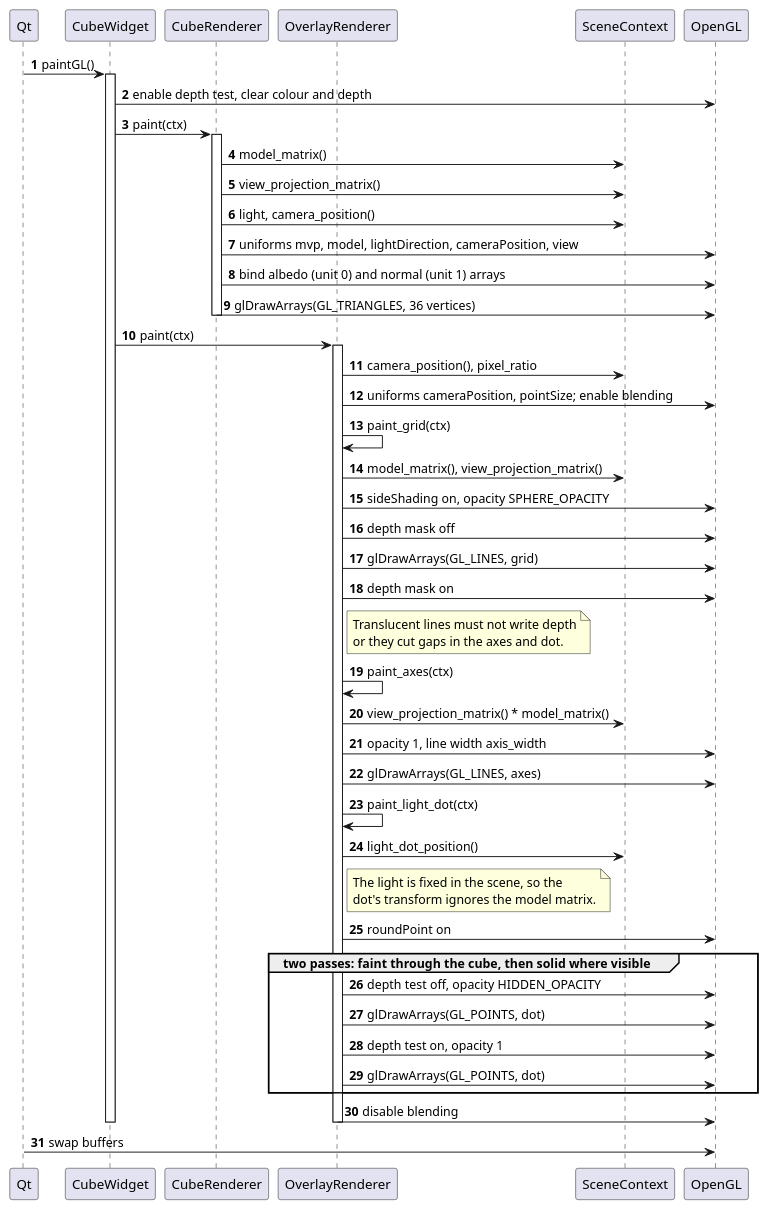
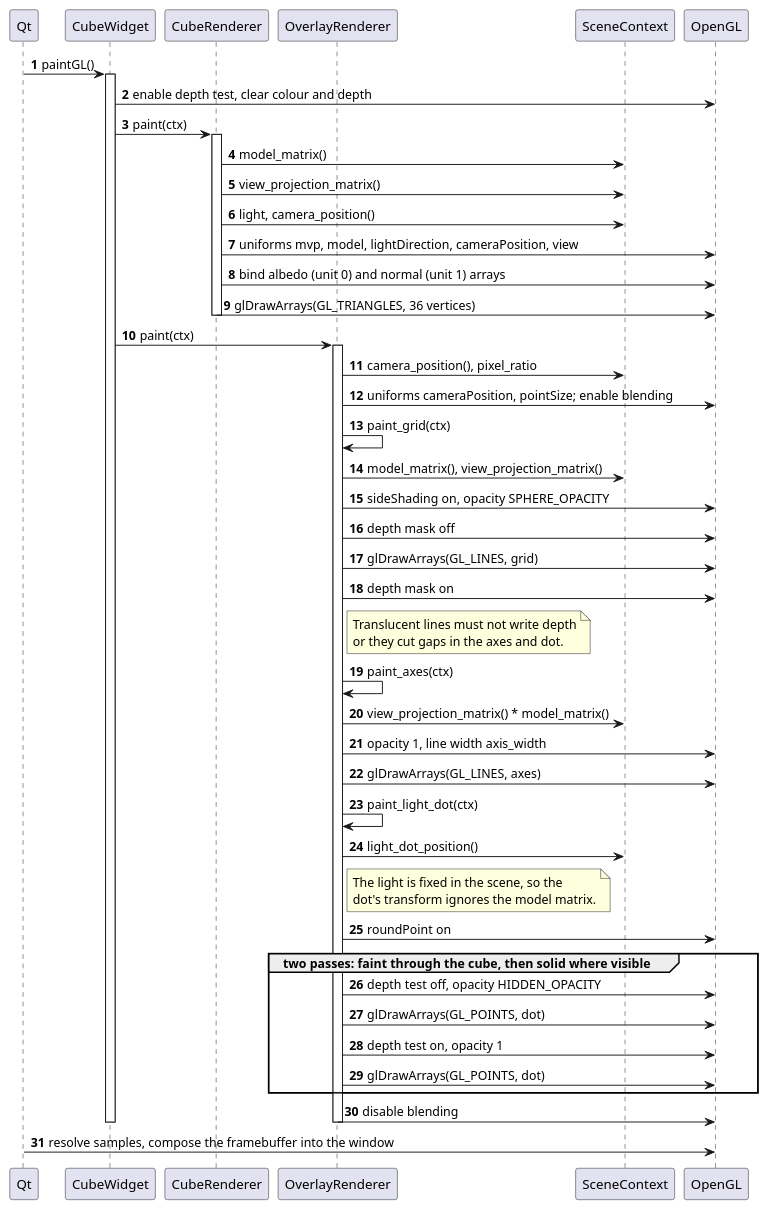
One commit to esba1ley/opengl_python_qt6_test changed the diagram in docs/diagrams/frame.puml. Above: the diagram before and after it, drawn with PlantUML. The commit also changed 8 other files, not shown here.

```diff
--- a/docs/diagrams/frame.puml
+++ b/docs/diagrams/frame.puml
@@ -1,67 +1,67 @@
 @startuml frame
 ' Sequence: one call to paintGL(). Draw order is fixed: cube, sphere grid,
 ' axes, light dot. Keep in step with widget.paintGL and the renderers' paint().
 skinparam shadowing false
 skinparam sequenceMessageAlign left
 autonumber
 
 participant "Qt" as qt
 participant "CubeWidget" as widget
 participant "CubeRenderer" as cube
 participant "OverlayRenderer" as overlay
 participant "SceneContext" as ctx
 participant "OpenGL" as gl
 
 qt -> widget : paintGL()
 activate widget
 widget -> gl : enable depth test, clear colour and depth
 
 widget -> cube : paint(ctx)
 activate cube
 cube -> ctx : model_matrix()
 cube -> ctx : view_projection_matrix()
 cube -> ctx : light, camera_position()
 cube -> gl : uniforms mvp, model, lightDirection, cameraPosition, view
 cube -> gl : bind albedo (unit 0) and normal (unit 1) arrays
 cube -> gl : glDrawArrays(GL_TRIANGLES, 36 vertices)
 deactivate cube
 
 widget -> overlay : paint(ctx)
 activate overlay
 overlay -> ctx : camera_position(), pixel_ratio
 overlay -> gl : uniforms cameraPosition, pointSize; enable blending
 
 overlay -> overlay : paint_grid(ctx)
 overlay -> ctx : model_matrix(), view_projection_matrix()
 overlay -> gl : sideShading on, opacity SPHERE_OPACITY
 overlay -> gl : depth mask off
 overlay -> gl : glDrawArrays(GL_LINES, grid)
 overlay -> gl : depth mask on
 note right of overlay
   Translucent lines must not write depth
   or they cut gaps in the axes and dot.
 end note
 
 overlay -> overlay : paint_axes(ctx)
 overlay -> ctx : view_projection_matrix() * model_matrix()
 overlay -> gl : opacity 1, line width axis_width
 overlay -> gl : glDrawArrays(GL_LINES, axes)
 
 overlay -> overlay : paint_light_dot(ctx)
 overlay -> ctx : light_dot_position()
 note right of overlay
   The light is fixed in the scene, so the
   dot's transform ignores the model matrix.
 end note
 overlay -> gl : roundPoint on
 group two passes: faint through the cube, then solid where visible
   overlay -> gl : depth test off, opacity HIDDEN_OPACITY
   overlay -> gl : glDrawArrays(GL_POINTS, dot)
   overlay -> gl : depth test on, opacity 1
   overlay -> gl : glDrawArrays(GL_POINTS, dot)
 end
 overlay -> gl : disable blending
 deactivate overlay
 deactivate widget
-qt -> gl : swap buffers
+qt -> gl : resolve samples, compose the framebuffer into the window
 @enduml
```
